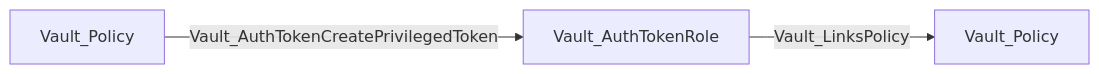
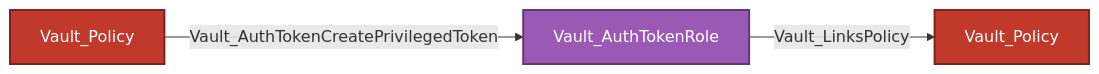
Diagram 26 of 28 in Documentation/stores/AUTH.md (bytewreck/opengraph-vault), drawn with Mermaid before and after one commit. The commit also changed other lines of this file and 4 other files, not shown here.

````diff
--- a/Documentation/stores/AUTH.md
+++ b/Documentation/stores/AUTH.md
@@ -1564,5 +1603,8 @@
 ```mermaid
 flowchart LR
-    P1[Vault_Policy] -->|Vault_AuthTokenCreatePrivilegedToken| AR[Vault_AuthTokenRole]
-    AR -->|Vault_LinksPolicy| P2[Vault_Policy]
+    P1[Vault_Policy]:::policyNode -->|Vault_AuthTokenCreatePrivilegedToken| AR[Vault_AuthTokenRole]:::authRoleNode
+    AR -->|Vault_LinksPolicy| P2[Vault_Policy]:::policyNode
+
+    classDef policyNode fill:#C0392B,color:#fff,stroke:#7B241C,stroke-width:2px
+    classDef authRoleNode fill:#9B59B6,color:#fff,stroke:#633974,stroke-width:2px
 ```
````
